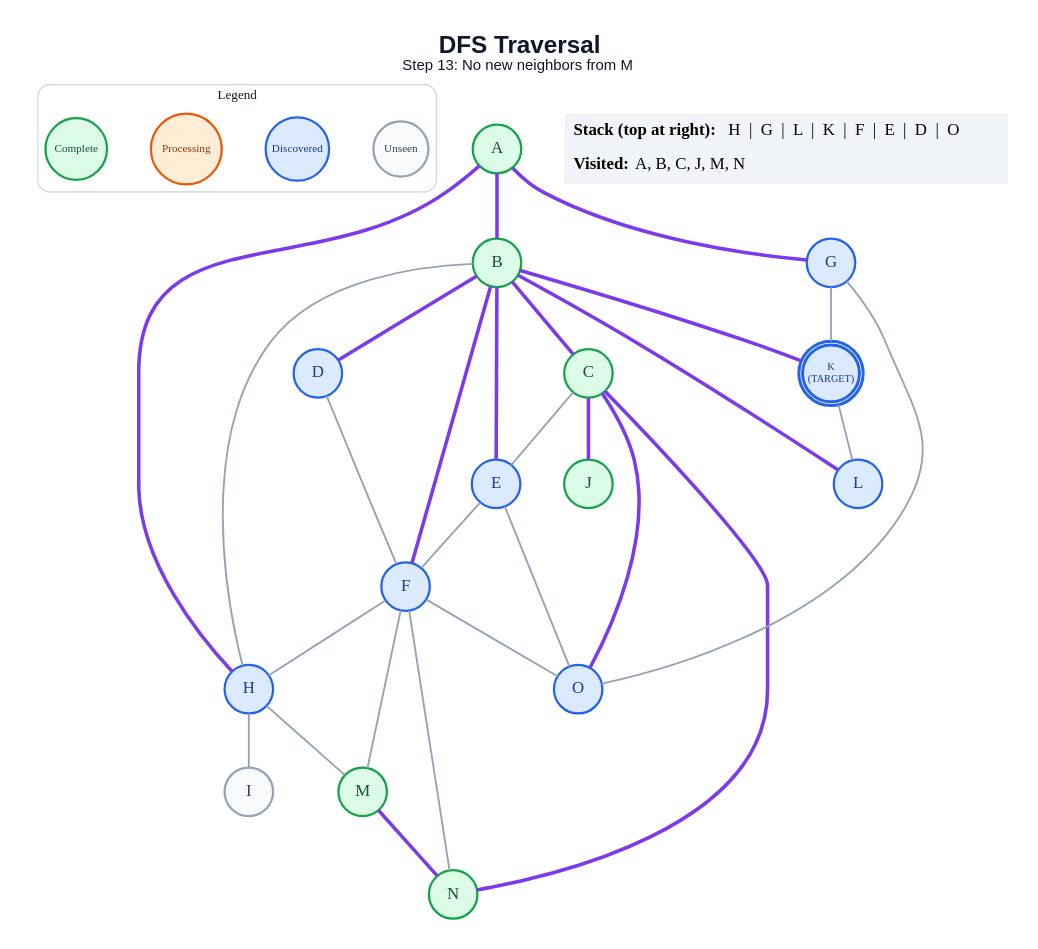
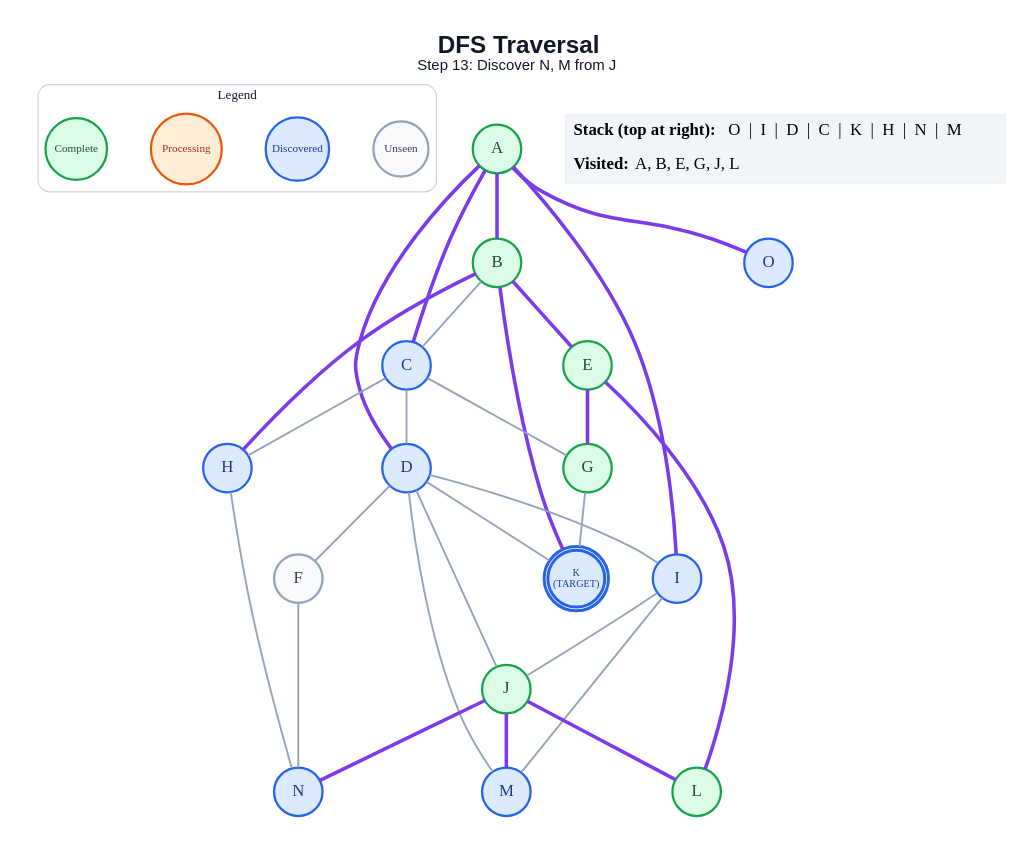
The diagram in generated/specific-node/dfs/step_13.dot (anon7238593-create/ai-slop), drawn with Graphviz before and after one commit. The commit also changed 217 other files, not shown here.

```diff
--- a/generated/specific-node/dfs/step_13.dot
+++ b/generated/specific-node/dfs/step_13.dot
@@ -1,61 +1,61 @@
 graph traversal {
   graph [layout=dot, rankdir=TB, bgcolor="#FFFFFF", pad="0.35", nodesep="0.65", ranksep="0.8", fontname="Arial"];
   node [shape=circle, style="filled", fontname="Arial Bold", fontsize=18, width=0.72, fixedsize=true, penwidth=2.4];
   edge [color="#94A3B8", penwidth=2.0];
-  label=<<B>DFS Traversal</B><BR/><FONT POINT-SIZE="16">Step 13: No new neighbors from M</FONT>>; labelloc="t"; fontsize=26; fontname="Arial"; fontcolor="#0F172A";
+  label=<<B>DFS Traversal</B><BR/><FONT POINT-SIZE="16">Step 13: Discover N, M from J</FONT>>; labelloc="t"; fontsize=26; fontname="Arial"; fontcolor="#0F172A";
   subgraph cluster_legend { label="Legend"; color="#CBD5E1"; penwidth=1.2; style="rounded"; fontsize=14; fontname="Arial Bold";
     key_unseen [label="Unseen", fillcolor="#F8FAFC", color="#94A3B8", fontcolor="#334155", fontsize=12, width=0.82];
     key_frontier [label="Discovered", fillcolor="#DBEAFE", color="#2563EB", fontcolor="#1E3A8A", fontsize=12, width=0.95];
     key_current [label="Processing", fillcolor="#FFEDD5", color="#EA580C", fontcolor="#9A3412", fontsize=12, width=1.05];
     key_done [label="Complete", fillcolor="#DCFCE7", color="#16A34A", fontcolor="#14532D", fontsize=12, width=0.92];
     { rank=same; key_unseen; key_frontier; key_current; key_done; }
   }
   A [label="A", fillcolor="#DCFCE7", color="#16A34A", fontcolor="#14532D", peripheries=1, penwidth=2.4];
   B [label="B", fillcolor="#DCFCE7", color="#16A34A", fontcolor="#14532D", peripheries=1, penwidth=2.4];
-  C [label="C", fillcolor="#DCFCE7", color="#16A34A", fontcolor="#14532D", peripheries=1, penwidth=2.4];
+  C [label="C", fillcolor="#DBEAFE", color="#2563EB", fontcolor="#1E3A8A", peripheries=1, penwidth=2.4];
   D [label="D", fillcolor="#DBEAFE", color="#2563EB", fontcolor="#1E3A8A", peripheries=1, penwidth=2.4];
-  E [label="E", fillcolor="#DBEAFE", color="#2563EB", fontcolor="#1E3A8A", peripheries=1, penwidth=2.4];
-  F [label="F", fillcolor="#DBEAFE", color="#2563EB", fontcolor="#1E3A8A", peripheries=1, penwidth=2.4];
-  G [label="G", fillcolor="#DBEAFE", color="#2563EB", fontcolor="#1E3A8A", peripheries=1, penwidth=2.4];
+  E [label="E", fillcolor="#DCFCE7", color="#16A34A", fontcolor="#14532D", peripheries=1, penwidth=2.4];
+  F [label="F", fillcolor="#F8FAFC", color="#94A3B8", fontcolor="#334155", peripheries=1, penwidth=2.4];
+  G [label="G", fillcolor="#DCFCE7", color="#16A34A", fontcolor="#14532D", peripheries=1, penwidth=2.4];
   H [label="H", fillcolor="#DBEAFE", color="#2563EB", fontcolor="#1E3A8A", peripheries=1, penwidth=2.4];
-  I [label="I", fillcolor="#F8FAFC", color="#94A3B8", fontcolor="#334155", peripheries=1, penwidth=2.4];
+  I [label="I", fillcolor="#DBEAFE", color="#2563EB", fontcolor="#1E3A8A", peripheries=1, penwidth=2.4];
   J [label="J", fillcolor="#DCFCE7", color="#16A34A", fontcolor="#14532D", peripheries=1, penwidth=2.4];
   K [label="K\n(TARGET)", fillcolor="#DBEAFE", color="#2563EB", fontcolor="#1E3A8A", peripheries=2, penwidth=3.2, fontsize=11, width=0.85, height=0.85];
-  L [label="L", fillcolor="#DBEAFE", color="#2563EB", fontcolor="#1E3A8A", peripheries=1, penwidth=2.4];
-  M [label="M", fillcolor="#DCFCE7", color="#16A34A", fontcolor="#14532D", peripheries=1, penwidth=2.4];
-  N [label="N", fillcolor="#DCFCE7", color="#16A34A", fontcolor="#14532D", peripheries=1, penwidth=2.4];
+  L [label="L", fillcolor="#DCFCE7", color="#16A34A", fontcolor="#14532D", peripheries=1, penwidth=2.4];
+  M [label="M", fillcolor="#DBEAFE", color="#2563EB", fontcolor="#1E3A8A", peripheries=1, penwidth=2.4];
+  N [label="N", fillcolor="#DBEAFE", color="#2563EB", fontcolor="#1E3A8A", peripheries=1, penwidth=2.4];
   O [label="O", fillcolor="#DBEAFE", color="#2563EB", fontcolor="#1E3A8A", peripheries=1, penwidth=2.4];
   A -- B [color="#7C3AED", penwidth=3.8];
-  A -- G [color="#7C3AED", penwidth=3.8];
-  A -- H [color="#7C3AED", penwidth=3.8];
-  B -- C [color="#7C3AED", penwidth=3.8];
-  B -- D [color="#7C3AED", penwidth=3.8];
+  A -- C [color="#7C3AED", penwidth=3.8];
+  A -- D [color="#7C3AED", penwidth=3.8];
+  A -- I [color="#7C3AED", penwidth=3.8];
+  A -- O [color="#7C3AED", penwidth=3.8];
+  B -- C;
   B -- E [color="#7C3AED", penwidth=3.8];
-  B -- F [color="#7C3AED", penwidth=3.8];
-  B -- H;
+  B -- H [color="#7C3AED", penwidth=3.8];
   B -- K [color="#7C3AED", penwidth=3.8];
-  B -- L [color="#7C3AED", penwidth=3.8];
-  C -- E;
-  C -- J [color="#7C3AED", penwidth=3.8];
-  C -- N [color="#7C3AED", penwidth=3.8];
-  C -- O [color="#7C3AED", penwidth=3.8];
+  C -- D;
+  C -- G;
+  C -- H;
   D -- F;
-  E -- F;
-  E -- O;
-  F -- H;
-  F -- M;
+  D -- I;
+  D -- J;
+  D -- K;
+  D -- M;
+  E -- G [color="#7C3AED", penwidth=3.8];
+  E -- L [color="#7C3AED", penwidth=3.8];
   F -- N;
-  F -- O;
   G -- K;
-  G -- O;
-  H -- I;
-  H -- M;
-  K -- L;
-  M -- N [color="#7C3AED", penwidth=3.8];
+  H -- N;
+  I -- J;
+  I -- M;
+  J -- L [color="#7C3AED", penwidth=3.8];
+  J -- M [color="#7C3AED", penwidth=3.8];
+  J -- N [color="#7C3AED", penwidth=3.8];
   status [shape=plain, fixedsize=false, width=0, height=0, margin=0, label=<
     <TABLE BORDER="0" CELLBORDER="0" CELLPADDING="7" BGCOLOR="#F1F5F9">
-      <TR><TD ALIGN="LEFT"><B>Stack (top at right):</B> H  |  G  |  L  |  K  |  F  |  E  |  D  |  O</TD></TR>
-      <TR><TD ALIGN="LEFT"><B>Visited:</B> A, B, C, J, M, N</TD></TR>
+      <TR><TD ALIGN="LEFT"><B>Stack (top at right):</B> O  |  I  |  D  |  C  |  K  |  H  |  N  |  M</TD></TR>
+      <TR><TD ALIGN="LEFT"><B>Visited:</B> A, B, E, G, J, L</TD></TR>
     </TABLE>
   >];
 }
```
